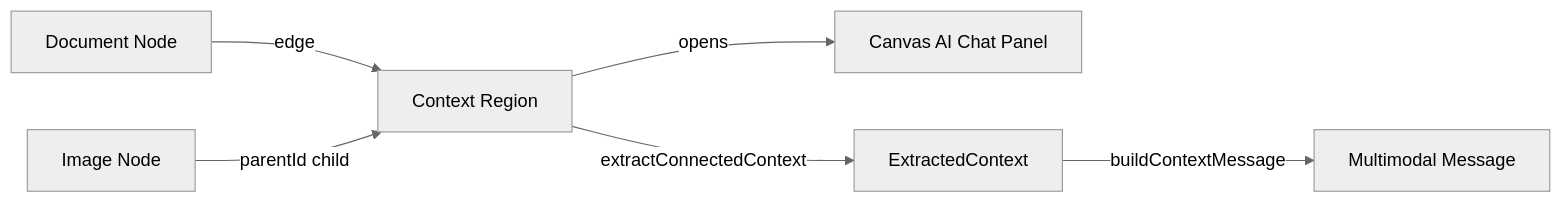
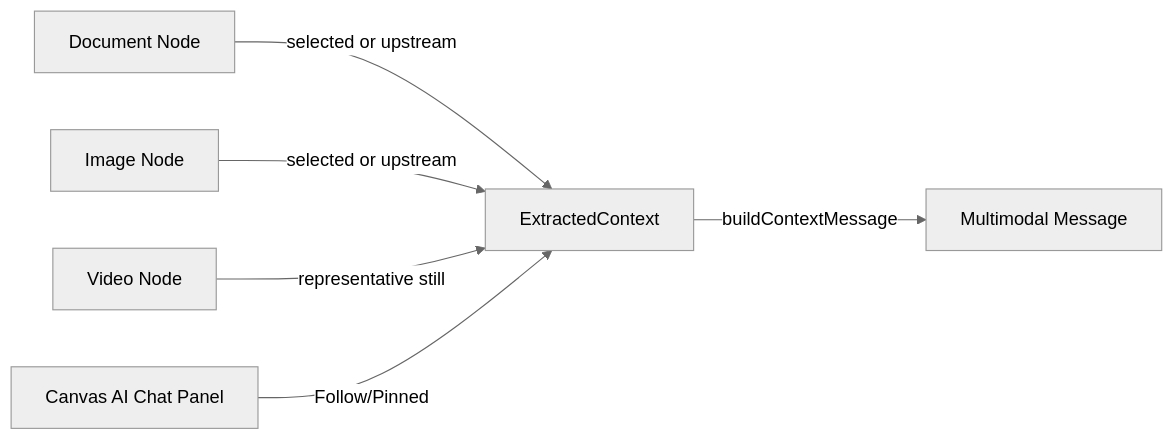
The second of 3 diagrams in services/web-ui/src/infographics/workspace/README.md (Lixpi/lixpi), drawn with Mermaid (neutral theme) before and after one commit. The commit also changed other lines of this file and 50 other files, not shown here.

````diff
--- a/services/web-ui/src/infographics/workspace/README.md
+++ b/services/web-ui/src/infographics/workspace/README.md
@@ -374,8 +355,8 @@
 ```mermaid
 flowchart LR
-    DOC[Document Node] -->|edge| REGION[Context Region]
-    IMG[Image Node] -->|parentId child| REGION
-    REGION -->|opens| CHAT[Canvas AI Chat Panel]
-    REGION -->|extractConnectedContext| CTX[ExtractedContext]
+    DOC[Document Node] -->|selected or upstream| CTX[ExtractedContext]
+    IMG[Image Node] -->|selected or upstream| CTX
+    VID[Video Node] -->|representative still| CTX
+    CHAT[Canvas AI Chat Panel] -->|Follow/Pinned| CTX
     CTX -->|buildContextMessage| MSG[Multimodal Message]
 ```
````
